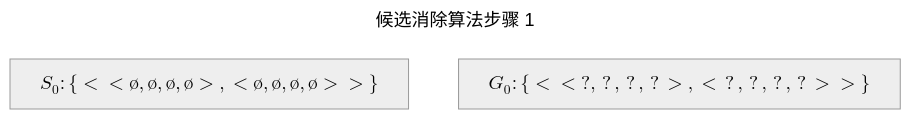
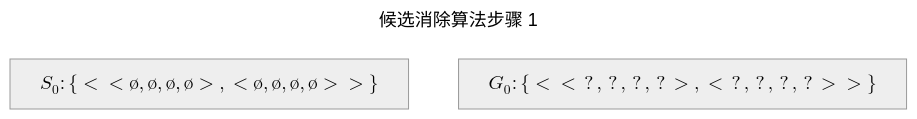
Before and after one commit to Jeff-Tian/ml: the first of 5 diagrams in src/posts/第二章 概念学习和一般到特殊序/2.5.md, drawn with Mermaid (neutral theme). The commit also changed other lines of this file, not shown here.

````diff
--- a/src/posts/第二章 概念学习和一般到特殊序/2.5.md
+++ b/src/posts/第二章 概念学习和一般到特殊序/2.5.md
@@ -48,8 +48,8 @@
     ```mermaid
     ---
     title: 候选消除算法步骤 1
     ---
     graph TD
         s0[$$S_0: \lbrace \lt \lt ø, ø, ø, ø \gt, \lt ø, ø, ø, ø\gt \gt \rbrace $$]
-        g0[$$G_0: \lbrace \lt \lt \text ?, ?, ?, ?\gt , \lt ?, ?, ?, ? \gt \gt \rbrace $$]
+        g0[$$G_0: \lbrace \lt \lt ?, ?, ?, ?\gt , \lt ?, ?, ?, ? \gt \gt \rbrace $$]
     ```
````
